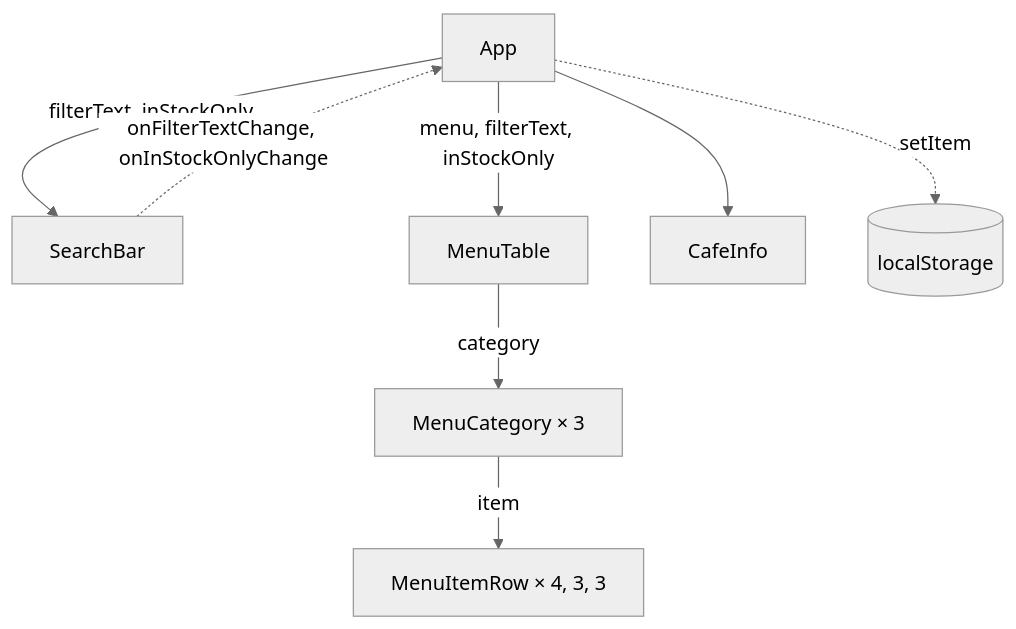
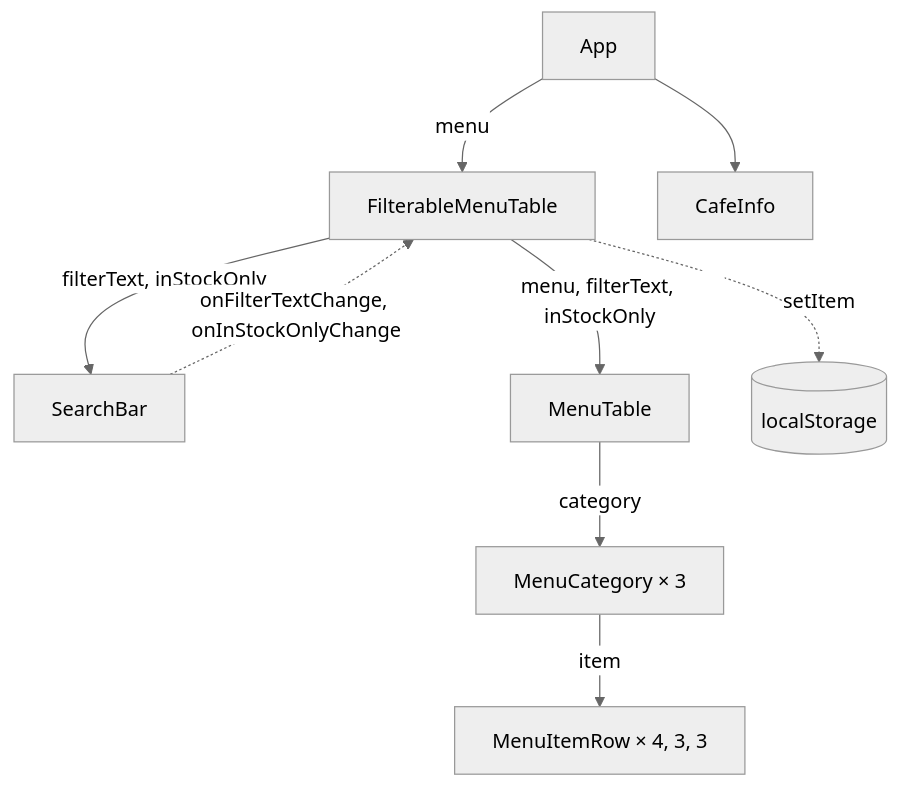
The diagram in lab-4/README.md (illiamiletskyi0/react-labs), drawn with Mermaid (neutral theme) before and after one commit. The commit also changed other lines of this file, not shown here.

````diff
--- a/lab-4/README.md
+++ b/lab-4/README.md
@@ -32,10 +32,11 @@
 ```mermaid
 flowchart TD
-  App -->|"filterText, inStockOnly"| SearchBar
-  SearchBar -.->|"onFilterTextChange, onInStockOnlyChange"| App
-  App -->|"menu, filterText, inStockOnly"| MenuTable
+  App -->|menu| FilterableMenuTable
   App --> CafeInfo
+  FilterableMenuTable -->|"filterText, inStockOnly"| SearchBar
+  SearchBar -.->|"onFilterTextChange, onInStockOnlyChange"| FilterableMenuTable
+  FilterableMenuTable -->|"menu, filterText, inStockOnly"| MenuTable
   MenuTable -->|category| MenuCategory["MenuCategory × 3"]
   MenuCategory -->|item| MenuItemRow["MenuItemRow × 4, 3, 3"]
-  App -.->|setItem| LocalStorage[("localStorage")]
+  FilterableMenuTable -.->|setItem| LocalStorage[("localStorage")]
 ```
````
